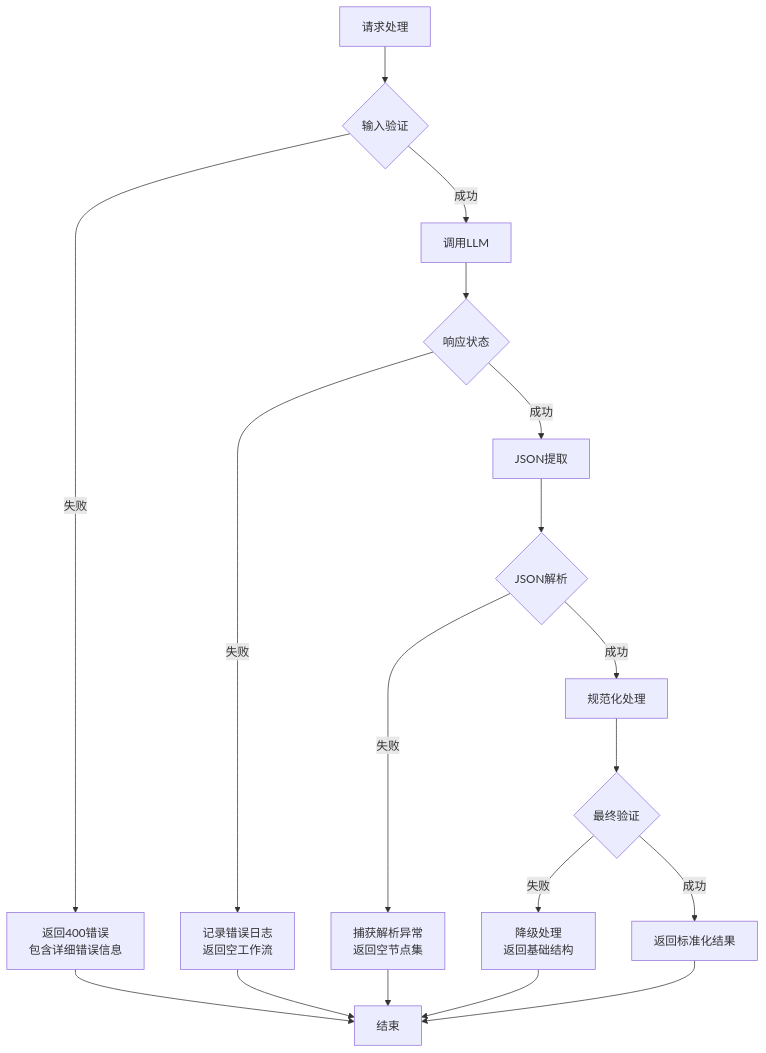
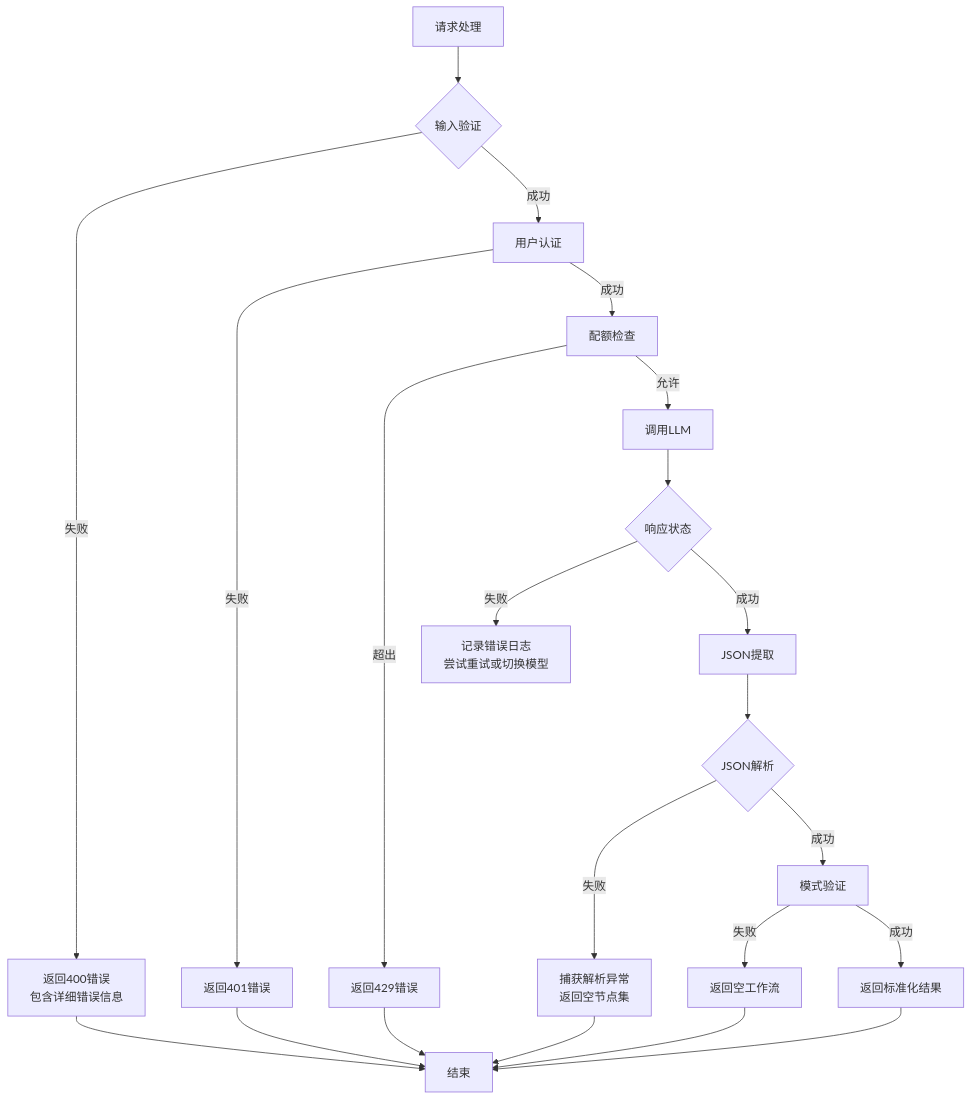
Before and after one commit to JasperLin2333/Flash-Flow: the tenth of 10 diagrams in .qoder/repowiki/zh/content/API接口文档/流程规划接口 (_api_plan).md, drawn with Mermaid. The commit also changed other lines of this file and 19 other files, not shown here.

````diff
--- a/.qoder/repowiki/zh/content/API接口文档/流程规划接口 (_api_plan).md
+++ b/.qoder/repowiki/zh/content/API接口文档/流程规划接口 (_api_plan).md
@@ -378,20 +485,24 @@
 ```mermaid
 flowchart TD
 Request[请求处理] --> InputValidation{输入验证}
 InputValidation --> |失败| ValidationError["返回400错误<br/>包含详细错误信息"]
-InputValidation --> |成功| LLMCall[调用LLM]
+InputValidation --> |成功| AuthCheck[用户认证]
+AuthCheck --> |失败| Unauthorized["返回401错误"]
+AuthCheck --> |成功| QuotaCheck[配额检查]
+QuotaCheck --> |超出| QuotaExceeded["返回429错误"]
+QuotaCheck --> |允许| LLMCall[调用LLM]
 LLMCall --> LLMResponse{响应状态}
-LLMResponse --> |失败| LLMError["记录错误日志<br/>返回空工作流"]
+LLMResponse --> |失败| LLMError["记录错误日志<br/>尝试重试或切换模型"]
 LLMResponse --> |成功| JSONExtraction[JSON提取]
 JSONExtraction --> JSONParse{JSON解析}
 JSONParse --> |失败| ParseError["捕获解析异常<br/>返回空节点集"]
-JSONParse --> |成功| Normalization[规范化处理]
-Normalization --> FinalValidation{最终验证}
-FinalValidation --> |失败| Fallback["降级处理<br/>返回基础结构"]
-FinalValidation --> |成功| Success["返回标准化结果"]
+JSONParse --> |成功| SchemaValidation[模式验证]
+SchemaValidation --> |失败| SchemaError["返回空工作流"]
+SchemaValidation --> |成功| Success["返回标准化结果"]
 ValidationError --> End[结束]
-LLMError --> End
+Unauthorized --> End
+QuotaExceeded --> End
 ParseError --> End
-Fallback --> End
+SchemaError --> End
 Success --> End
 ```
````
